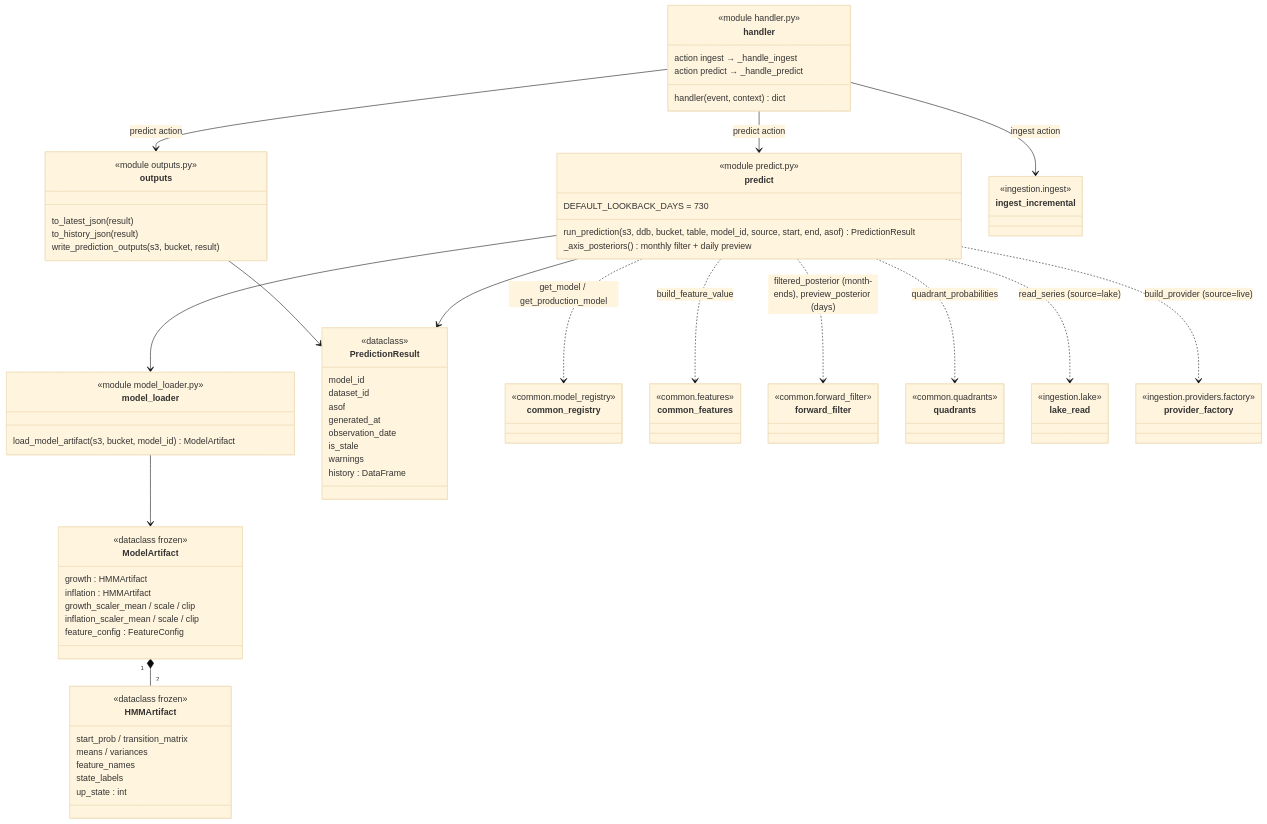
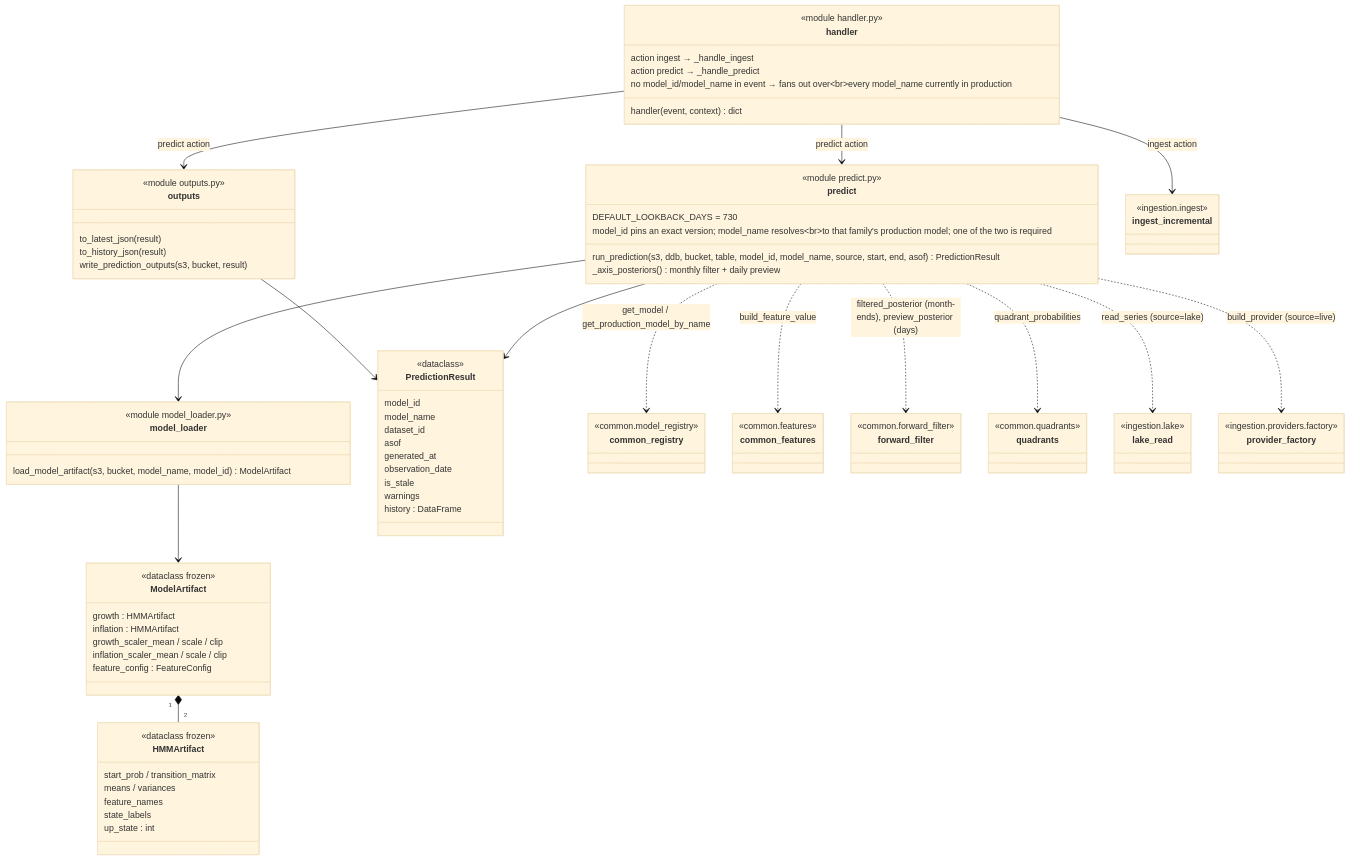
Before and after one commit to jyjulianwong/Market-Regime-Detector: the fifth of 14 diagrams in ARCHITECTURE.md, drawn with Mermaid (base theme). The commit also changed other lines of this file and 23 other files, not shown here.

```diff
--- a/ARCHITECTURE.md
+++ b/ARCHITECTURE.md
@@ -467,6 +469,7 @@
         handler(event, context) dict
         action ingest → _handle_ingest
         action predict → _handle_predict
+        no model_id/model_name in event → fans out over<br/>every model_name currently in production
     }
 
     class HMMArtifact {
@@ -487,12 +490,13 @@
     }
     class model_loader {
         <<module model_loader.py>>
-        load_model_artifact(s3, bucket, model_id) ModelArtifact
+        load_model_artifact(s3, bucket, model_name, model_id) ModelArtifact
     }
 
     class PredictionResult {
         <<dataclass>>
         model_id
+        model_name
         dataset_id
         asof
         generated_at
@@ -504,7 +508,8 @@
     class predict {
         <<module predict.py>>
         DEFAULT_LOOKBACK_DAYS = 730
-        run_prediction(s3, ddb, bucket, table, model_id, source, start, end, asof) PredictionResult
+        run_prediction(s3, ddb, bucket, table, model_id, model_name, source, start, end, asof) PredictionResult
+        model_id pins an exact version; model_name resolves<br/>to that family's production model; one of the two is required
         _axis_posteriors() monthly filter + daily preview
     }
     class outputs {
@@ -521,7 +526,7 @@
     predict --> PredictionResult
     model_loader --> ModelArtifact
     ModelArtifact "1" *-- "2" HMMArtifact
-    predict ..> common_registry : get_model / get_production_model
+    predict ..> common_registry : get_model / get_production_model_by_name
     predict ..> common_features : build_feature_value
     predict ..> forward_filter : filtered_posterior (month-ends), preview_posterior (days)
     predict ..> quadrants : quadrant_probabilities
```
